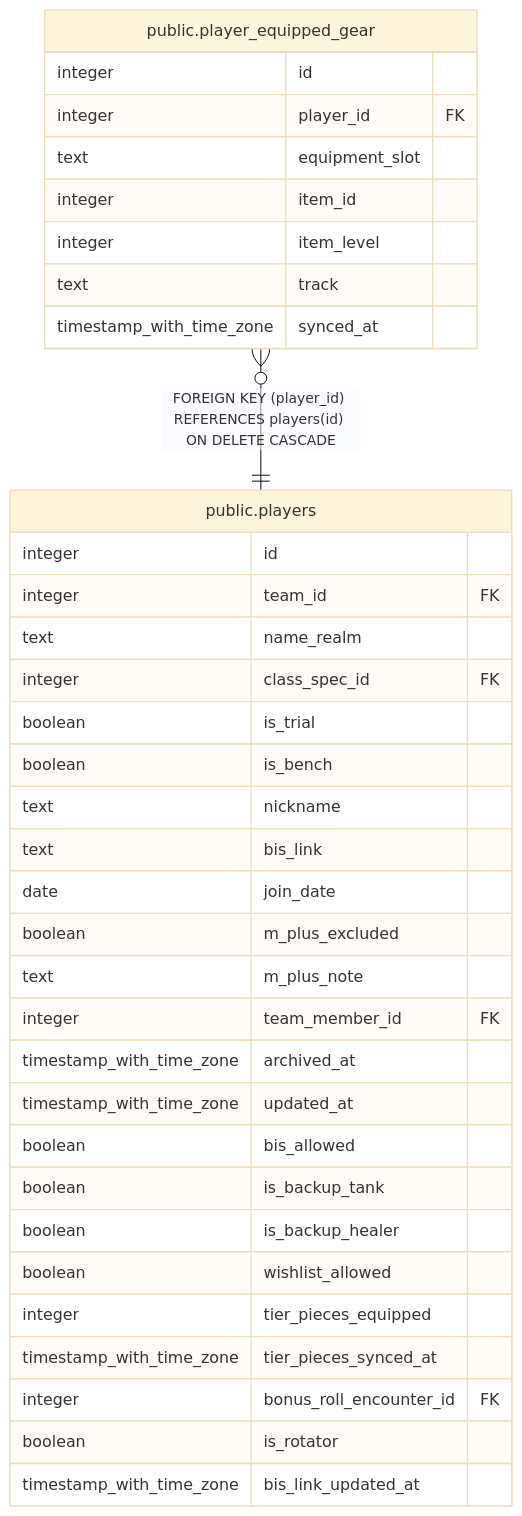
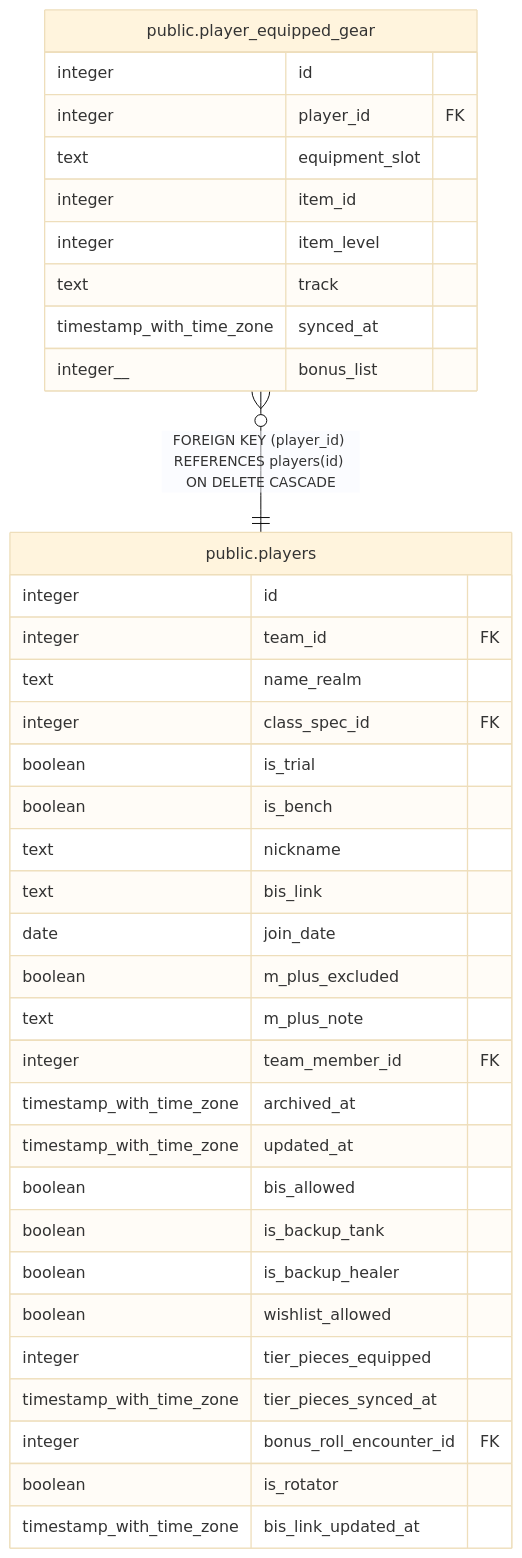
The diagram in dbdoc/public.player_equipped_gear.md (katogaming88/WGA-Raid-Hub), drawn with Mermaid (base theme) before and after one commit. The commit also changed other lines of this file and 19 other files, not shown here.

````diff
--- a/dbdoc/public.player_equipped_gear.md
+++ b/dbdoc/public.player_equipped_gear.md
@@ -36,40 +37,41 @@
 ```mermaid
 erDiagram
 
 "public.player_equipped_gear" }o--|| "public.players" : "FOREIGN KEY (player_id) REFERENCES players(id) ON DELETE CASCADE"
 
 "public.player_equipped_gear" {
   integer id
   integer player_id FK
   text equipment_slot
   integer item_id
   integer item_level
   text track
   timestamp_with_time_zone synced_at
+  integer__ bonus_list
 }
 "public.players" {
   integer id
   integer team_id FK
   text name_realm
   integer class_spec_id FK
   boolean is_trial
   boolean is_bench
   text nickname
   text bis_link
   date join_date
   boolean m_plus_excluded
   text m_plus_note
   integer team_member_id FK
   timestamp_with_time_zone archived_at
   timestamp_with_time_zone updated_at
   boolean bis_allowed
   boolean is_backup_tank
   boolean is_backup_healer
   boolean wishlist_allowed
   integer tier_pieces_equipped
   timestamp_with_time_zone tier_pieces_synced_at
   integer bonus_roll_encounter_id FK
   boolean is_rotator
   timestamp_with_time_zone bis_link_updated_at
 }
 ```
````
